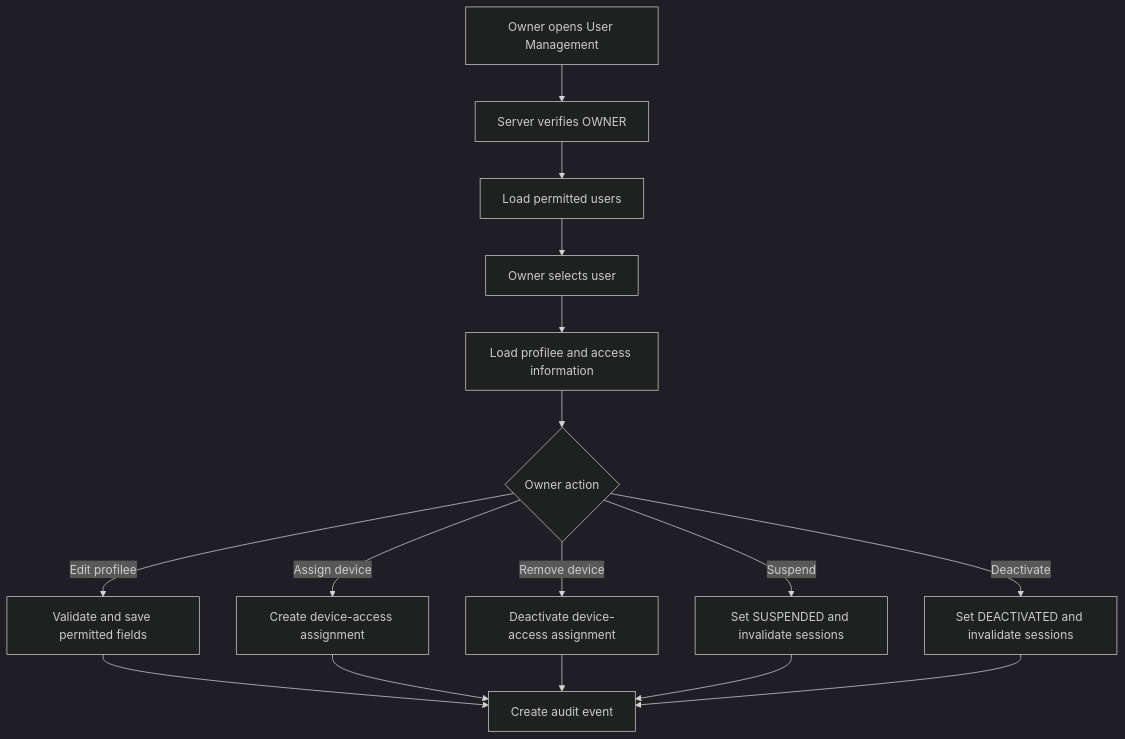
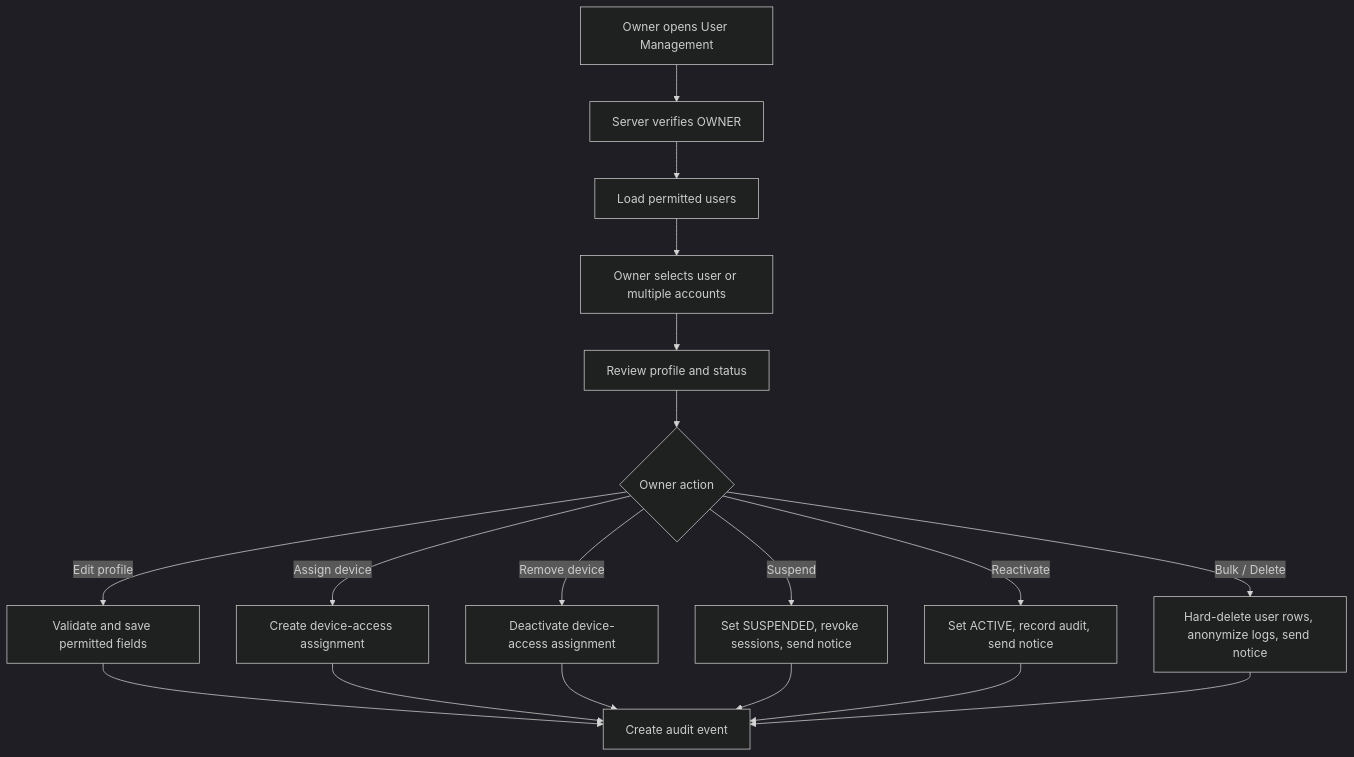
The fourth of 6 diagrams in docs/USER_FLOWS.md (Hugo141132/Melon), drawn with Mermaid (dark theme) before and after one commit. The commit also changed other lines of this file and 27 other files, not shown here.

````diff
--- a/docs/USER_FLOWS.md
+++ b/docs/USER_FLOWS.md
@@ -150,18 +150,20 @@
 ```mermaid
 flowchart TD
     A[Owner opens User Management] --> B[Server verifies OWNER]
     B --> C[Load permitted users]
-    C --> D[Owner selects user]
-    D --> E[Load profilee and access information]
+    C --> D[Owner selects user or multiple accounts]
+    D --> E[Review profile and status]
     E --> F{Owner action}
-    F -- Edit profilee --> G[Validate and save permitted fields]
+    F -- Edit profile --> G[Validate and save permitted fields]
     F -- Assign device --> H[Create device-access assignment]
     F -- Remove device --> I[Deactivate device-access assignment]
-    F -- Suspend --> J[Set SUSPENDED and invalidate sessions]
-    F -- Deactivate --> K[Set DEACTIVATED and invalidate sessions]
+    F -- Suspend --> J[Set SUSPENDED, revoke sessions, send notice]
+    F -- Reactivate --> K[Set ACTIVE, record audit, send notice]
+    F -- Bulk / Delete --> M[Hard-delete user rows, anonymize logs, send notice]
     G --> L[Create audit event]
     H --> L
     I --> L
     J --> L
     K --> L
+    M --> L
 ```
````
